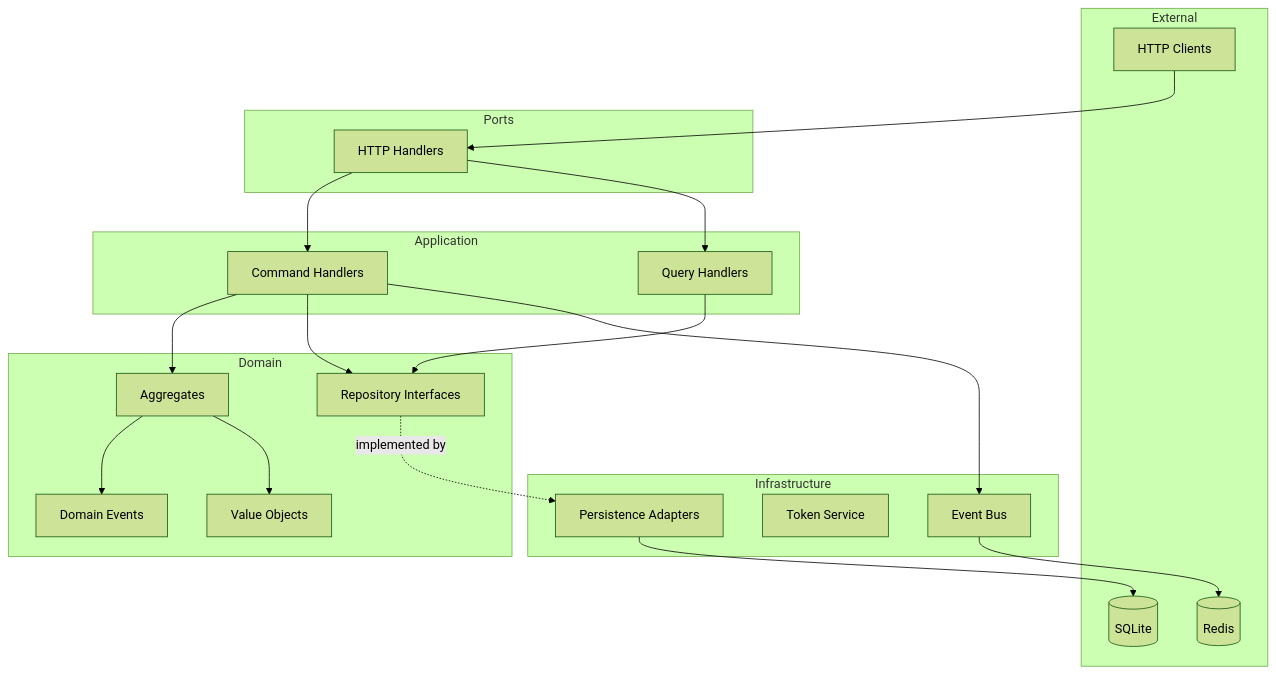
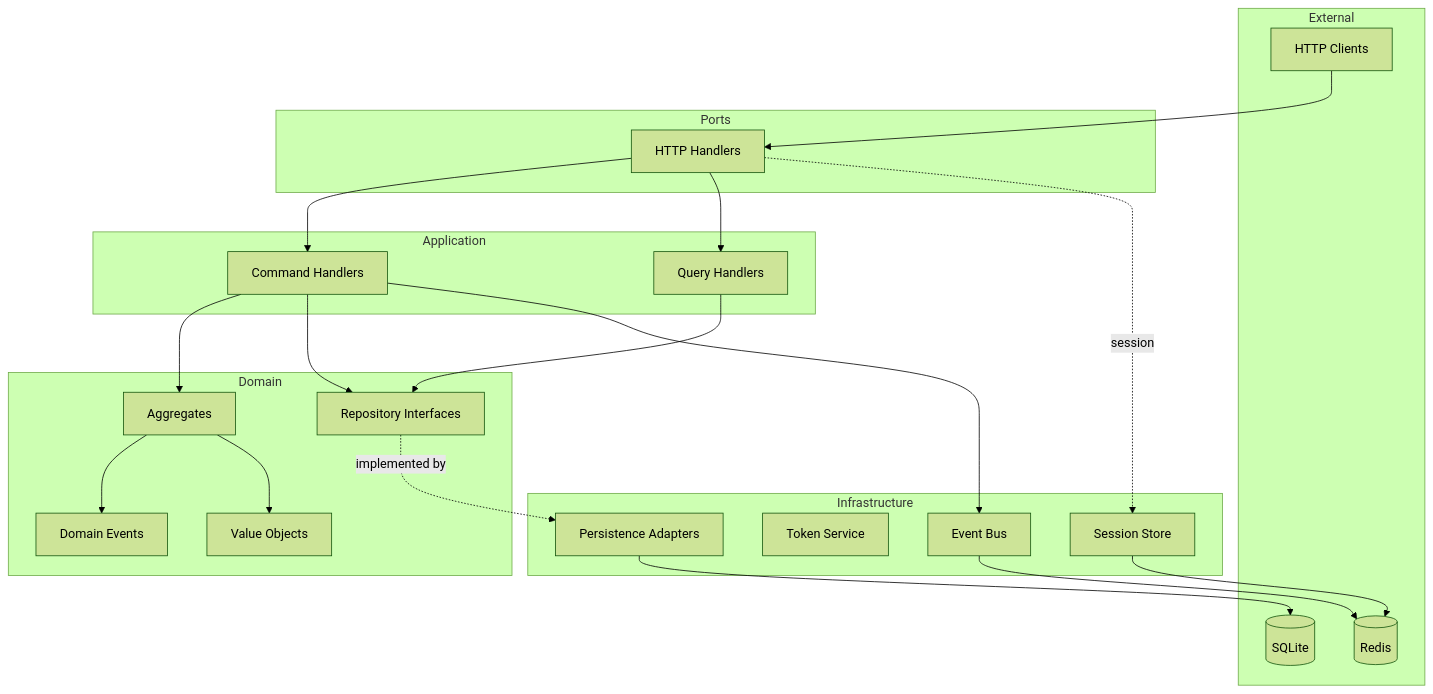
The diagram in docs/architecture/ARCHITECTURE.md (basilex/skeleton), drawn with Mermaid (forest theme) before and after one commit. The commit also changed other lines of this file and 3 other files, not shown here.

````diff
--- a/docs/architecture/ARCHITECTURE.md
+++ b/docs/architecture/ARCHITECTURE.md
@@ -9,43 +9,46 @@
 ```mermaid
 graph TD
     subgraph External
         HTTP[HTTP Clients]
         DB[(SQLite)]
         Redis[(Redis)]
     end
 
     subgraph Ports
         HTTPPort[HTTP Handlers]
     end
 
     subgraph Application
         Commands[Command Handlers]
         Queries[Query Handlers]
     end
 
     subgraph Domain
         Aggregates[Aggregates]
         ValueObjects[Value Objects]
         DomainEvents[Domain Events]
         RepoInterfaces[Repository Interfaces]
     end
 
     subgraph Infrastructure
         Persistence[Persistence Adapters]
         TokenService[Token Service]
+        SessionStore[Session Store]
         EventBus[Event Bus]
     end
 
     HTTP --> HTTPPort
     HTTPPort --> Commands
     HTTPPort --> Queries
     Commands --> Aggregates
     Queries --> RepoInterfaces
     Aggregates --> DomainEvents
     Aggregates --> ValueObjects
     Commands --> RepoInterfaces
     RepoInterfaces -. implemented by .-> Persistence
     Persistence --> DB
+    HTTPPort -. session .-> SessionStore
+    SessionStore --> Redis
     EventBus --> Redis
     Commands --> EventBus
 ```
````
